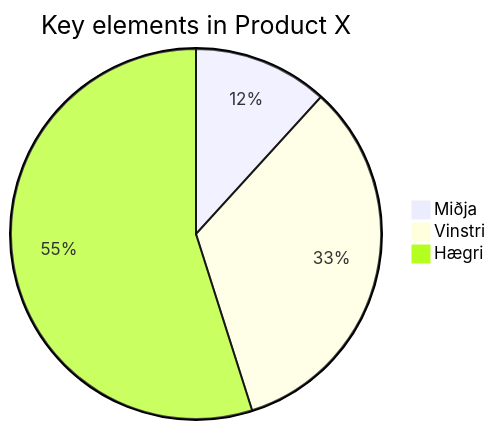
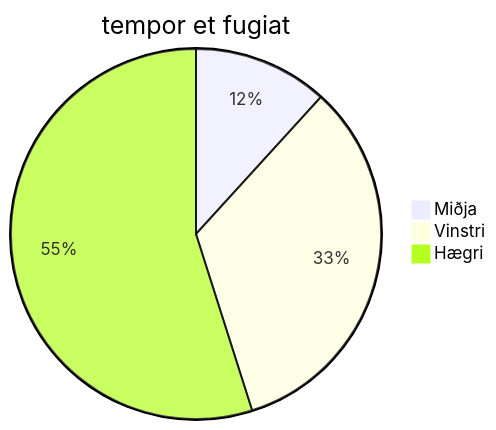
One commit to JohannTskoli/vesm1kt changed the diagram in Verkefni-1/README.md. Above: the diagram before and after it, drawn with Mermaid.

````diff
--- a/Verkefni-1/README.md
+++ b/Verkefni-1/README.md
@@ -24,9 +24,9 @@
 ```mermaid
 pie
-    title Key elements in Product X
+    title  tempor et fugiat
     "Miðja" : 12
     "Vinstri" : 34
     "Hægri" : 56
  
 
 ```
````
